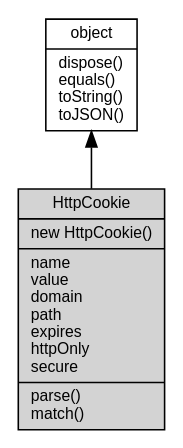
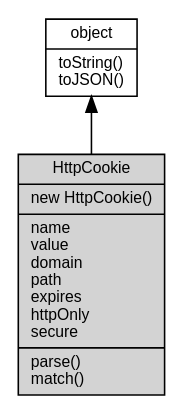
The diagram in docs/object/ifs/HttpCookie.md (asionius/fibjs-ceph), drawn with Graphviz before and after one commit. The commit also changed other lines of this file and 138 other files, not shown here.

````diff
--- a/docs/object/ifs/HttpCookie.md
+++ b/docs/object/ifs/HttpCookie.md
@@ -5,10 +5,10 @@
 ```dot
 digraph {
     node [fontname="Helvetica,sans-Serif", fontsize=10, shape="record", style="filled", fillcolor="white"];
 
-    object [tooltip="object", URL="object.md", label="{object|dispose()\lequals()\ltoString()\ltoJSON()\l}"];
-    HttpCookie [tooltip="HttpCookie", fillcolor="lightgray", label="{HttpCookie|new HttpCookie()\l|name\lvalue\ldomain\lpath\lexpires\lhttpOnly\lsecure\l|parse()\lmatch()\l}"];
+    object [tooltip="object", URL="object.md", label="{object|toString()\ltoJSON()\l}"];
+    HttpCookie [tooltip="HttpCookie", fillcolor="lightgray", id="me", label="{HttpCookie|new HttpCookie()\l|name\lvalue\ldomain\lpath\lexpires\lhttpOnly\lsecure\l|parse()\lmatch()\l}"];
 
     object -> HttpCookie [dir=back];
 }
 ```
````
